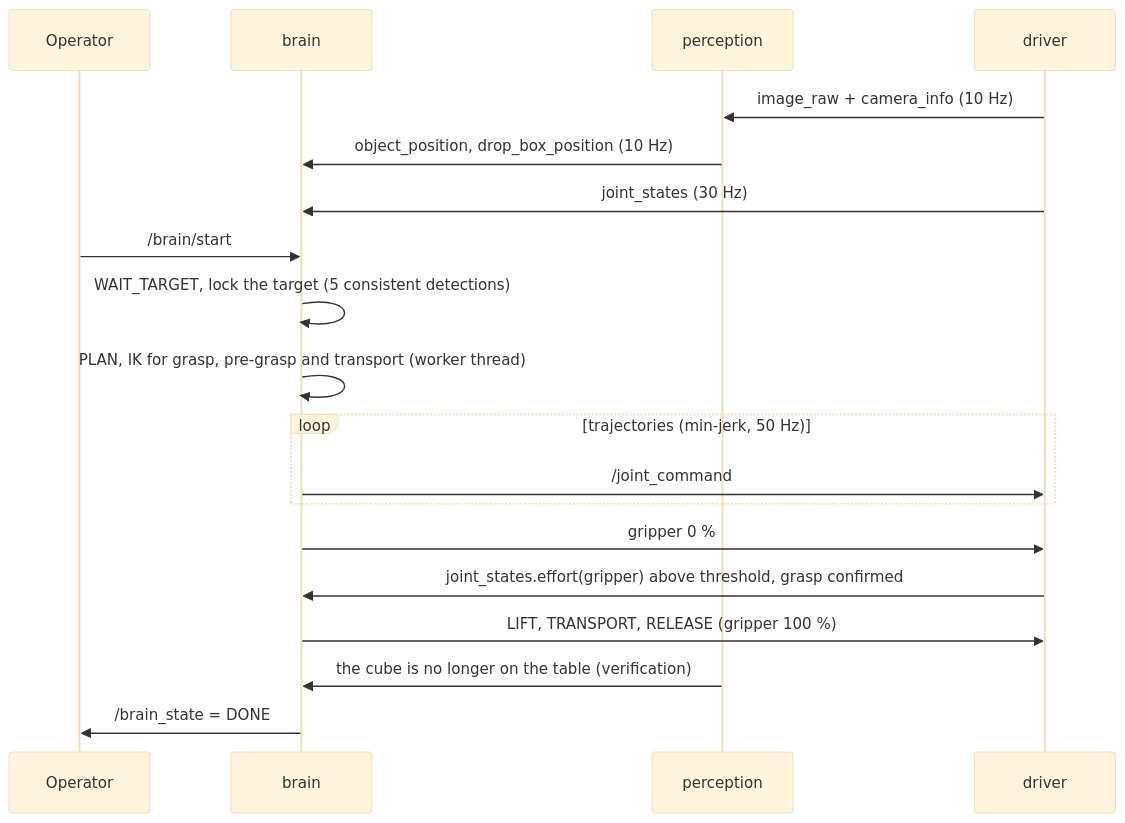
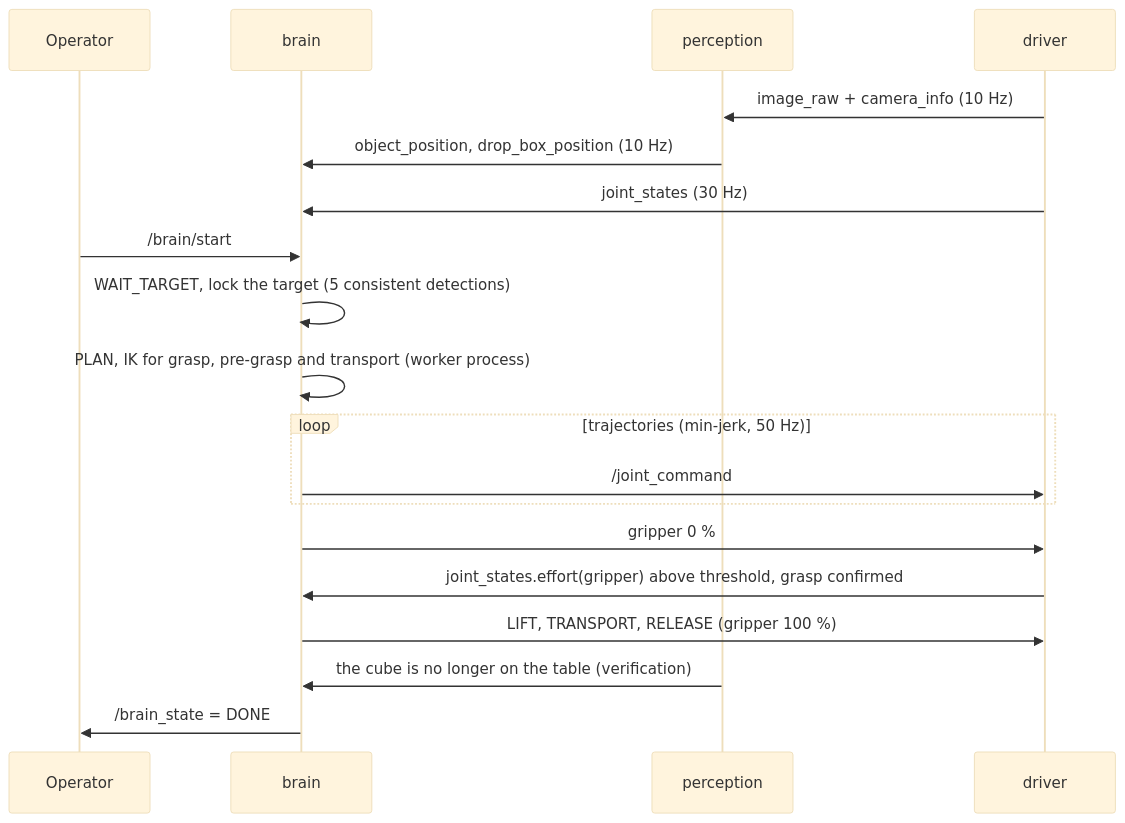
Before and after one commit to FoxaxeWasTaken/Robotics: the third of 3 diagrams in docs/project/01_architecture.md, drawn with Mermaid (base theme). The commit also changed other lines of this file and 25 other files, not shown here.

First line of the commit message:
feat(brain): planning worker, plan markers and a full cycle with a ground-truth stub (#120)

````diff
--- a/docs/project/01_architecture.md
+++ b/docs/project/01_architecture.md
@@ -126,21 +126,21 @@
 ```mermaid
 sequenceDiagram
   participant U as Operator
   participant B as brain
   participant P as perception
   participant D as driver
   D->>P: image_raw + camera_info (10 Hz)
   P->>B: object_position, drop_box_position (10 Hz)
   D->>B: joint_states (30 Hz)
   U->>B: /brain/start
   B->>B: WAIT_TARGET, lock the target (5 consistent detections)
-  B->>B: PLAN, IK for grasp, pre-grasp and transport (worker thread)
+  B->>B: PLAN, IK for grasp, pre-grasp and transport (worker process)
   loop trajectories (min-jerk, 50 Hz)
     B->>D: /joint_command
   end
   B->>D: gripper 0 %
   D->>B: joint_states.effort(gripper) above threshold, grasp confirmed
   B->>D: LIFT, TRANSPORT, RELEASE (gripper 100 %)
   P->>B: the cube is no longer on the table (verification)
   B->>U: /brain_state = DONE
 ```
````
